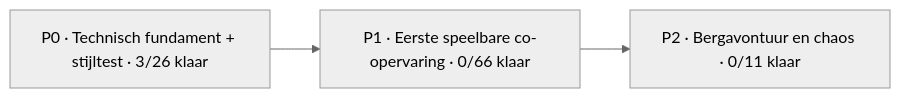
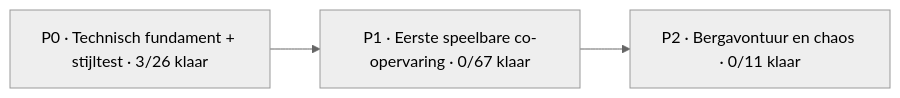
The diagram in Docs/PROJECT_BOARD.md (mlemson/conductor-chaos), drawn with Mermaid (neutral theme) before and after one commit. The commit also changed other lines of this file, not shown here.

````diff
--- a/Docs/PROJECT_BOARD.md
+++ b/Docs/PROJECT_BOARD.md
@@ -13,7 +13,7 @@
 ```mermaid
 flowchart LR
     P0["P0 · Technisch fundament + stijltest · 3/26 klaar"]
-    P1["P1 · Eerste speelbare co-opervaring · 0/66 klaar"]
+    P1["P1 · Eerste speelbare co-opervaring · 0/67 klaar"]
     P2["P2 · Bergavontuur en chaos · 0/11 klaar"]
     P0 --> P1 --> P2
 ```
````
